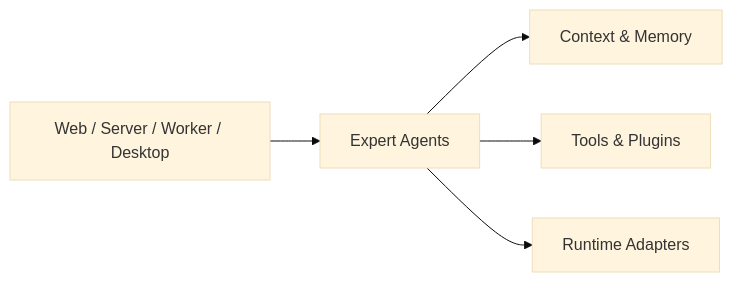
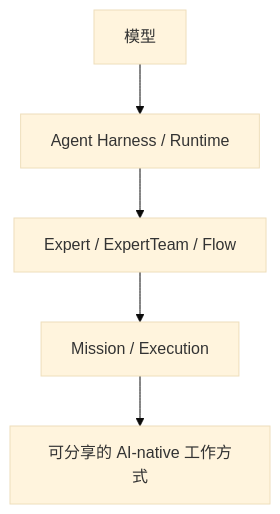
Before and after one commit to pqpo/pragma: the diagram in README.zh-CN.md, drawn with Mermaid (base theme). The commit also changed other lines of this file and 3 other files, not shown here.

````diff
--- a/README.zh-CN.md
+++ b/README.zh-CN.md
@@ -41,13 +65,13 @@
 ```mermaid
-flowchart LR
-  expert["Expert Agents"]
-  context["Context & Memory"]
-  tools["Tools & Plugins"]
-  runtime["Runtime Adapters"]
-  apps["Web / Server / Worker / Desktop"]
+flowchart TD
+  models["模型"]
+  harnesses["Agent Harness / Runtime"]
+  methods["Expert / ExpertTeam / Flow"]
+  missions["Mission / Execution"]
+  shared["可分享的 AI-native 工作方式"]
 
-  apps --> expert
-  expert --> context
-  expert --> tools
-  expert --> runtime
+  models --> harnesses
+  harnesses --> methods
+  methods --> missions
+  missions --> shared
 ```
````
